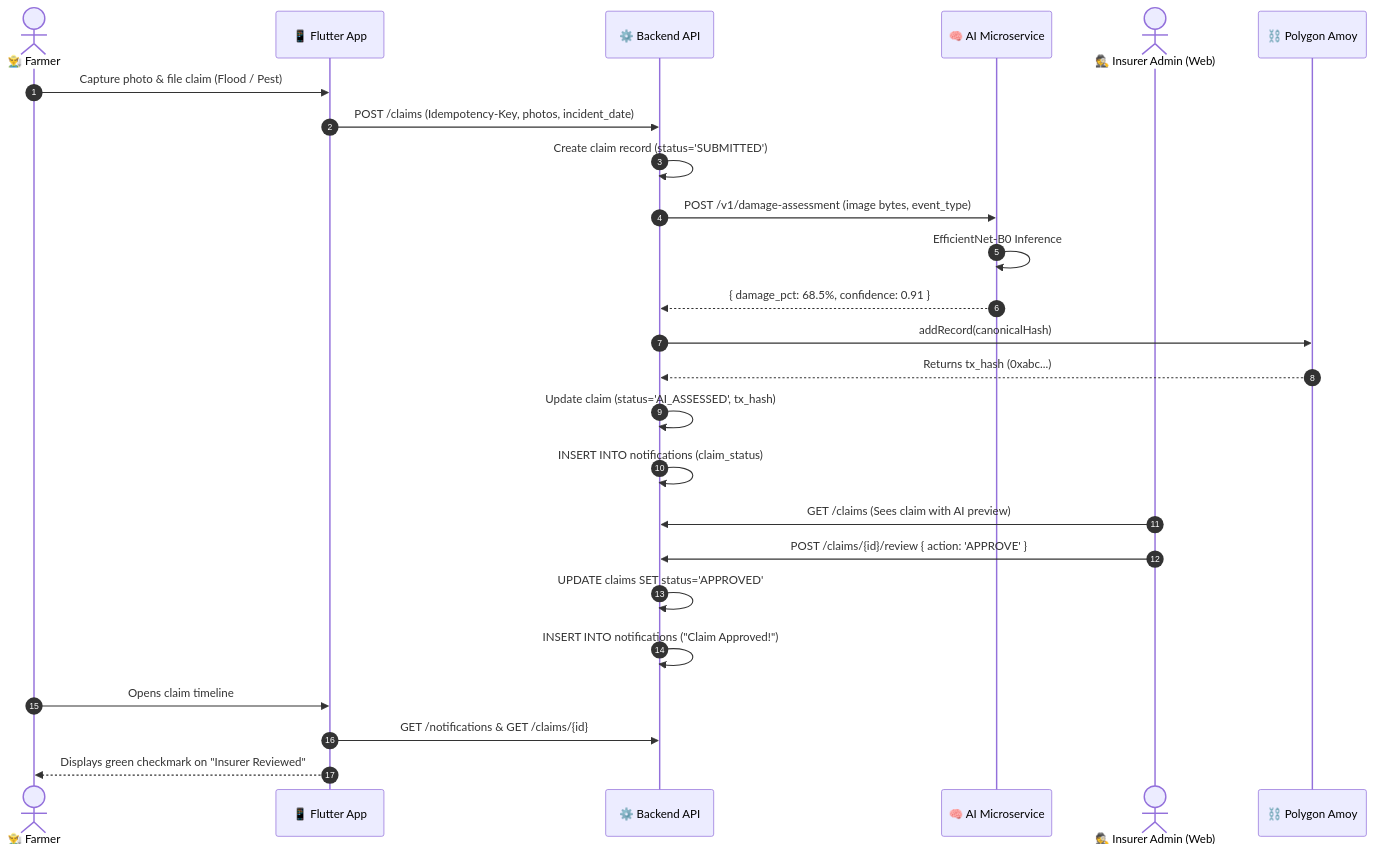
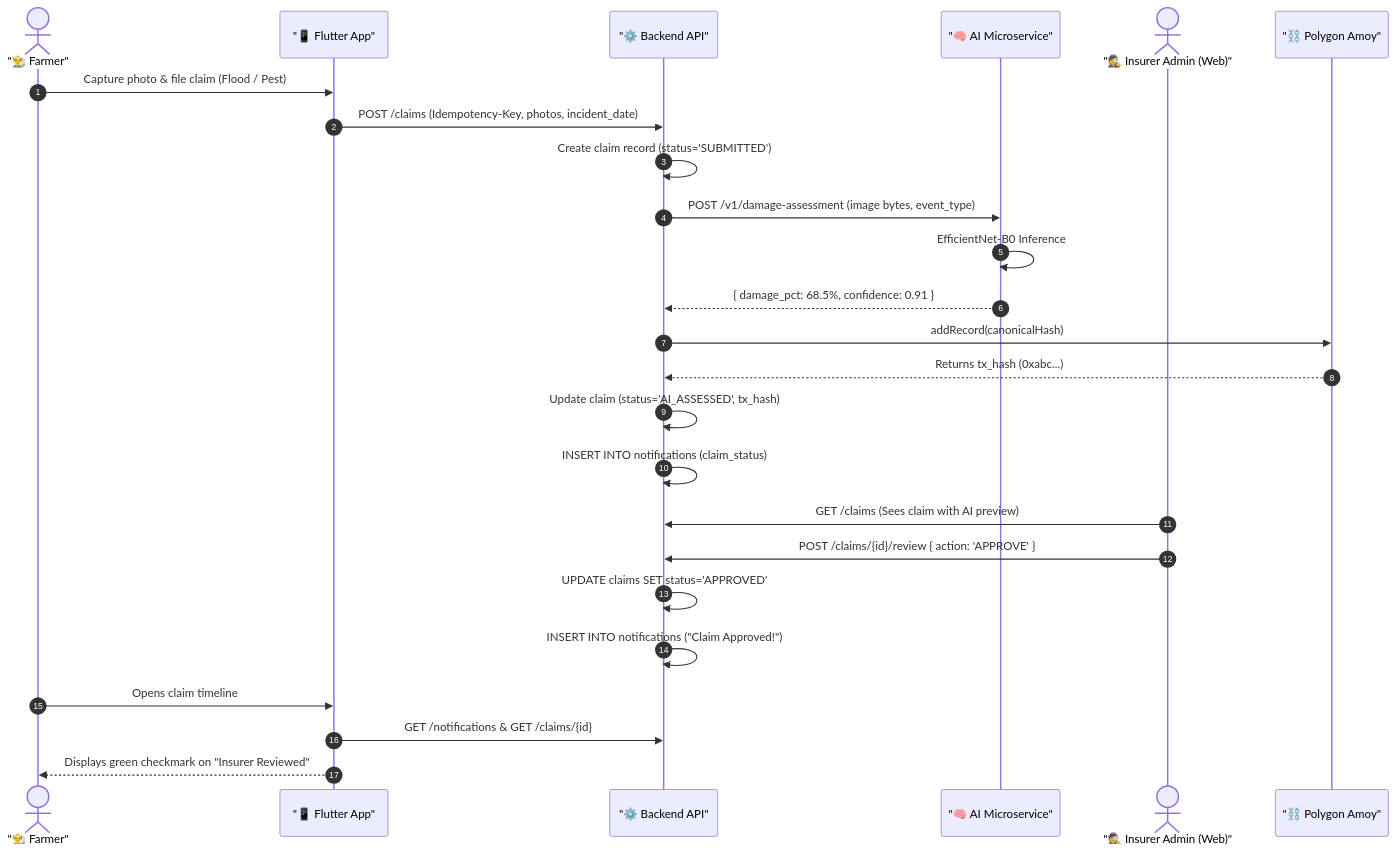
The third of 4 diagrams in README.md (mayankanand-dev/AgriShield), drawn with Mermaid before and after one commit. The commit also changed other lines of this file, not shown here.

````diff
--- a/README.md
+++ b/README.md
@@ -306,32 +308,32 @@
 ```mermaid
 sequenceDiagram
     autonumber
-    actor Farmer as 👨‍🌾 Farmer
-    participant App as 📱 Flutter App
-    participant Backend as ⚙️ Backend API
-    participant AI as 🧠 AI Microservice
-    actor Insurer as 🕵️ Insurer Admin (Web)
-    participant Chain as ⛓️ Polygon Amoy
+    actor Farmer as "👨‍🌾 Farmer"
+    participant App as "📱 Flutter App"
+    participant Backend as "⚙️ Backend API"
+    participant AI as "🧠 AI Microservice"
+    actor Insurer as "🕵️ Insurer Admin (Web)"
+    participant Chain as "⛓️ Polygon Amoy"
 
     Farmer->>App: Capture photo & file claim (Flood / Pest)
     App->>Backend: POST /claims (Idempotency-Key, photos, incident_date)
     Backend->>Backend: Create claim record (status='SUBMITTED')
     
     Backend->>AI: POST /v1/damage-assessment (image bytes, event_type)
     AI->>AI: EfficientNet-B0 Inference
     AI-->>Backend: { damage_pct: 68.5%, confidence: 0.91 }
     
     Backend->>Chain: addRecord(canonicalHash)
     Chain-->>Backend: Returns tx_hash (0xabc...)
     Backend->>Backend: Update claim (status='AI_ASSESSED', tx_hash)
     Backend->>Backend: INSERT INTO notifications (claim_status)
 
     Insurer->>Backend: GET /claims (Sees claim with AI preview)
     Insurer->>Backend: POST /claims/{id}/review { action: 'APPROVE' }
     Backend->>Backend: UPDATE claims SET status='APPROVED'
     Backend->>Backend: INSERT INTO notifications ("Claim Approved!")
     
     Farmer->>App: Opens claim timeline
     App->>Backend: GET /notifications & GET /claims/{id}
     App-->>Farmer: Displays green checkmark on "Insurer Reviewed"
 ```
````
